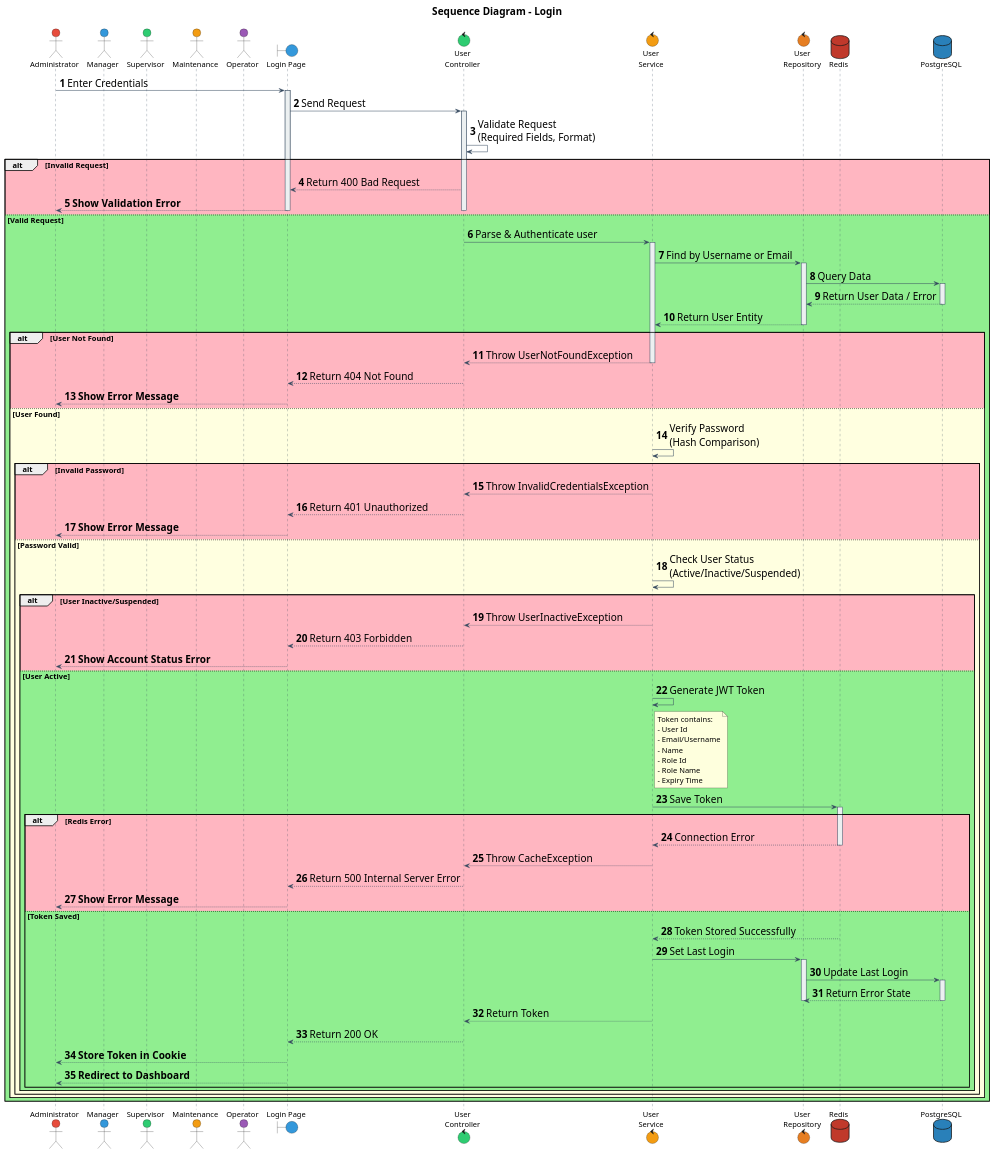
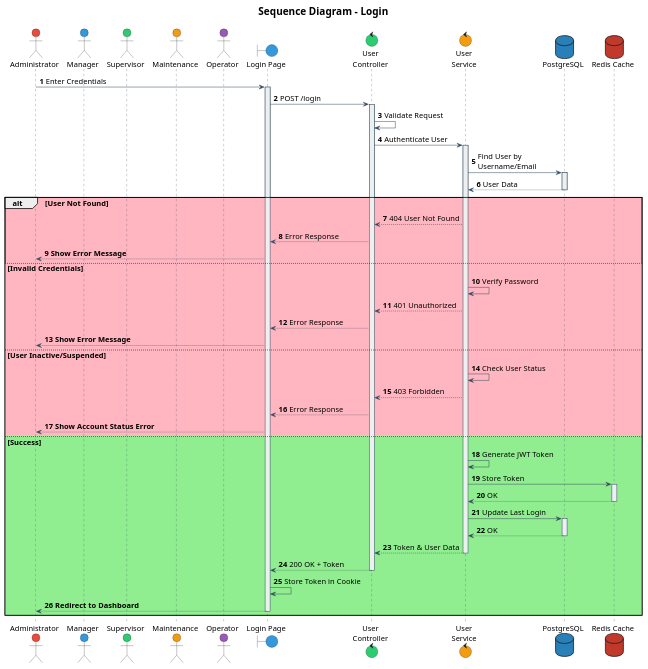
Before and after one commit to IntConnect/go-intconnect-api: the diagram in documentation/sequence/authentication/login.puml, drawn with PlantUML. The commit also changed 8 other files, not shown here.

Commit message:
feat(activity): Add some activity diagram

```diff
--- a/documentation/sequence/authentication/login.puml
+++ b/documentation/sequence/authentication/login.puml
@@ -1,186 +1,110 @@
 @startuml
 
 ' Font configuration
 skinparam defaultFontName Times New Roman
+skinparam defaultFontSize 15
 
 ' Participant styling
 skinparam participant {
     BackgroundColor #ECF0F1
     BorderColor #34495E
     FontColor Black
     FontName Times New Roman
+    FontSize 15
 }
 
 skinparam sequence {
     ArrowColor #34495E
     LifeLineBorderColor #34495E
     LifeLineBackgroundColor #ECF0F1
     ArrowFontName Times New Roman
-    ArrowFontSize 112
+    ArrowFontSize 15
 }
 
-' === GLOBAL FONT SIZE (+2) ===
-skinparam defaultFontSize 15
-
 skinparam actorFontSize 15
-skinparam participantFontSize 15
-
-skinparam sequenceMessageFontSize 15
-skinparam sequenceMessageFontName "Times New Roman"
-
 skinparam noteFontSize 15
 skinparam noteFontName "Times New Roman"
-
-skinparam titleFontSize 2
-skinparam titleFontName "Times New Roman"
-
-skinparam  arrowFontSize 20
-
 
 ' Actors and components
 actor "Administrator" as admin #E74C3C
 actor "Manager" as mgr #3498DB
 actor "Supervisor" as spv #2ECC71
 actor "Maintenance" as mtn #F39C12
 actor "Operator" as op #9B59B6
 boundary "Login Page" as boundLogin #3498DB
 control "User\nController" as userController #2ECC71
 control "User\nService" as userService #F39C12
-control "User\nRepository" as userRepository #E67E22
-database "Redis" as dbRedis #C0392B
 database "PostgreSQL" as dbPsql #2980B9
+database "Redis Cache" as dbRedis #C0392B
 
 title
 <size:20><b>Sequence Diagram - Login</b></size>
 ----
 end title
 
 autonumber
 
 ' === MAIN FLOW ===
 admin -> boundLogin: Enter Credentials
 activate boundLogin
 
-boundLogin -> userController: Send Request
+boundLogin -> userController: POST /login
 activate userController
 
-' === REQUEST VALIDATION ===
-userController -> userController: Validate Request\n(Required Fields, Format)
+userController -> userController: Validate Request
 
-alt #LightPink Invalid Request
-    userController --> boundLogin: Return 400 Bad Request
-    boundLogin --> admin: **Show Validation Error**
+userController -> userService: Authenticate User
+activate userService
+
+' === FIND USER ===
+userService -> dbPsql: Find User by\nUsername/Email
+activate dbPsql
+dbPsql --> userService: User Data
+deactivate dbPsql
+
+' === ERROR SCENARIOS ===
+alt #LightPink User Not Found
+    userService --> userController: 404 User Not Found
+    userController --> boundLogin: Error Response
+    boundLogin --> admin: **Show Error Message**
+  
+
+else #LightPink Invalid Credentials
+    userService -> userService: Verify Password
+    userService --> userController: 401 Unauthorized
+    userController --> boundLogin: Error Response
+    boundLogin --> admin: **Show Error Message**
+
+else #LightPink User Inactive/Suspended
+    userService -> userService: Check User Status
+    userService --> userController: 403 Forbidden
+    userController --> boundLogin: Error Response
+    boundLogin --> admin: **Show Account Status Error**
+
+else #LightGreen Success
+    ' === AUTHENTICATION SUCCESS ===
+    userService -> userService: Generate JWT Token
+
+    userService -> dbRedis: Store Token
+    activate dbRedis
+    dbRedis --> userService: OK
+    deactivate dbRedis
+
+    userService -> dbPsql: Update Last Login
+    activate dbPsql
+    dbPsql --> userService: OK
+    deactivate dbPsql
+
+    userService --> userController: Token & User Data
+    deactivate userService
+
+    userController --> boundLogin: 200 OK + Token
     deactivate userController
+
+    boundLogin -> boundLogin: Store Token in Cookie
+    boundLogin --> admin: **Redirect to Dashboard**
     deactivate boundLogin
 
-else #LightGreen Valid Request
-
-    userController -> userService: Parse & Authenticate user
-    activate userService
-
-    ' === FIND USER IN DATABASE ===
-    userService -> userRepository: Find by Username or Email
-    activate userRepository
-
-    userRepository -> dbPsql: Query Data
-    activate dbPsql
-    dbPsql --> userRepository: Return User Data / Error
-    deactivate dbPsql
-
-    userRepository --> userService: Return User Entity
-    deactivate userRepository
-
-    ' === USER VALIDATION ===
-    alt #LightPink User Not Found
-        userService --> userController: Throw UserNotFoundException
-        deactivate userService
-        userController --> boundLogin: Return 404 Not Found
-        boundLogin --> admin: **Show Error Message**
-        deactivate userController
-        deactivate boundLogin
-
-    else #LightYellow User Found
-
-        ' === PASSWORD VERIFICATION ===
-        userService -> userService: Verify Password\n(Hash Comparison)
-
-        alt #LightPink Invalid Password
-            userService --> userController: Throw InvalidCredentialsException
-            deactivate userService
-            userController --> boundLogin: Return 401 Unauthorized
-            boundLogin --> admin: **Show Error Message**
-            deactivate userController
-            deactivate boundLogin
-
-        else #LightYellow Password Valid
-
-            ' === CHECK USER STATUS ===
-            userService -> userService: Check User Status\n(Active/Inactive/Suspended)
-
-            alt #LightPink User Inactive/Suspended
-                userService --> userController: Throw UserInactiveException
-                deactivate userService
-                userController --> boundLogin: Return 403 Forbidden
-                boundLogin --> admin: **Show Account Status Error**
-                deactivate userController
-                deactivate boundLogin
-
-            else #LightGreen User Active
-
-                ' === GENERATE JWT TOKEN ===
-                userService -> userService: Generate JWT Token
-
-                note right of userService
-                    Token contains:
-                    - User Id
-                    - Email/Username
-                    - Name
-                    - Role Id
-                    - Role Name
-                    - Expiry Time
-                end note
-
-                ' === SAVE TOKEN TO REDIS ===
-                userService -> dbRedis: Save Token
-                activate dbRedis
-
-                alt #LightPink Redis Error
-                    dbRedis --> userService: Connection Error
-                    deactivate dbRedis
-                    userService --> userController: Throw CacheException
-                    deactivate userService
-                    userController --> boundLogin: Return 500 Internal Server Error
-                    boundLogin --> admin: **Show Error Message**
-                    deactivate userController
-                    deactivate boundLogin
-
-                else #LightGreen Token Saved
-                    dbRedis --> userService: Token Stored Successfully
-
-                    ' === UPDATE LAST LOGIN ===
-                    userService -> userRepository: Set Last Login
-                    activate userRepository
-                    userRepository -> dbPsql: Update Last Login
-                    activate dbPsql
-                    dbPsql --> userRepository: Return Error State
-                    deactivate dbPsql
-                    deactivate userRepository
-
-                    ' === RETURN SUCCESS RESPONSE ===
-                    userService --> userController: Return Token
-                    deactivate userService
-
-                    userController --> boundLogin: Return 200 OK
-                    deactivate userController
-
-                    boundLogin --> admin: **Store Token in Cookie**
-                    boundLogin --> admin: **Redirect to Dashboard**
-                    deactivate boundLogin
-
-                end
-            end
-        end
-    end
 end
 
 @enduml
```
